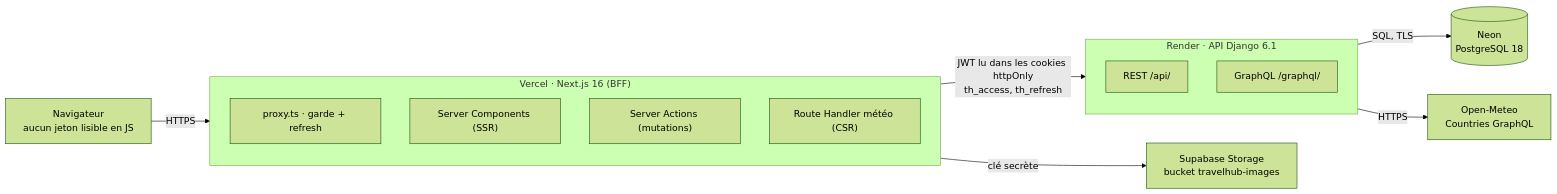
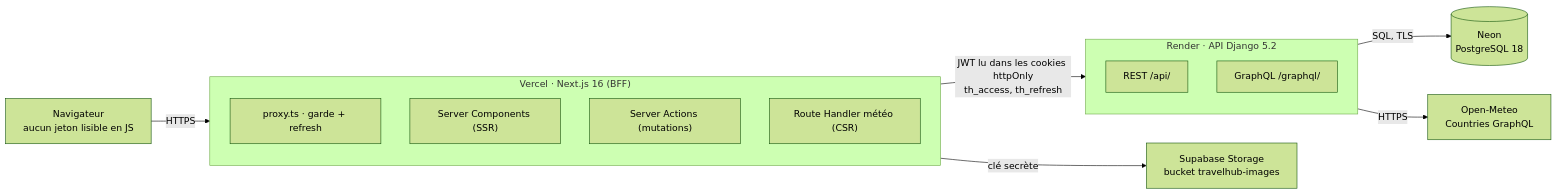
The diagram in docs/plan-tp2.md (TheManInPink/TravelHub), drawn with Mermaid (forest theme) before and after one commit. The commit also changed other lines of this file, not shown here.

Commit message:
docs : le plan du TP2 revient à Django 5.2 LTS

````diff
--- a/docs/plan-tp2.md
+++ b/docs/plan-tp2.md
@@ -146,22 +146,22 @@
 ```mermaid
 flowchart LR
     nav["Navigateur<br/>aucun jeton lisible en JS"]
     subgraph vercel["Vercel · Next.js 16 (BFF)"]
         proxy["proxy.ts · garde + refresh"]
         rsc["Server Components (SSR)"]
         actions["Server Actions (mutations)"]
         route["Route Handler météo (CSR)"]
     end
-    subgraph render["Render · API Django 6.1"]
+    subgraph render["Render · API Django 5.2"]
         rest["REST /api/"]
         gql["GraphQL /graphql/"]
     end
     neon[("Neon<br/>PostgreSQL 18")]
     ext["Open-Meteo<br/>Countries GraphQL"]
     supa["Supabase Storage<br/>bucket travelhub-images"]
     nav -- "HTTPS" --> vercel
     vercel -- "JWT lu dans les cookies httpOnly<br/>th_access, th_refresh" --> render
     render -- "SQL, TLS" --> neon
     render -- "HTTPS" --> ext
     vercel -- "clé secrète" --> supa
 ```
````
